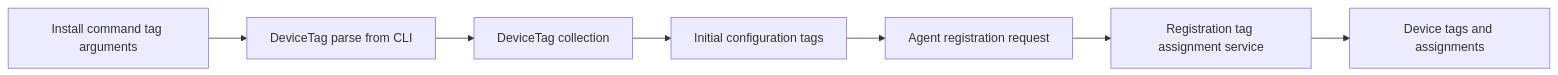
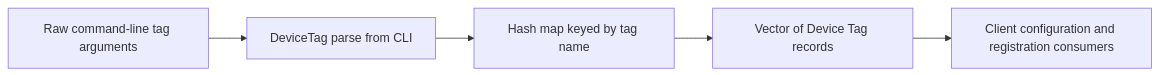
One commit to flamingo-stack/openframe-oss-tenant changed the first of 3 diagrams in docs/reference/architecture/openframe-client-core/model-device-tag/model-device-tag.md. Above: the diagram before and after it, drawn with Mermaid. The commit also changed other lines of this file and 2377 other files, not shown here.

````diff
--- a/docs/reference/architecture/openframe-client-core/model-device-tag/model-device-tag.md
+++ b/docs/reference/architecture/openframe-client-core/model-device-tag/model-device-tag.md
@@ -44,9 +35,7 @@
 ```mermaid
 flowchart LR
-    CliArgs["Install command tag arguments"] --> Parser["DeviceTag parse from CLI"]
-    Parser --> TagModel["DeviceTag collection"]
-    TagModel --> InitialConfig["Initial configuration tags"]
-    InitialConfig --> RegistrationRequest["Agent registration request"]
-    RegistrationRequest --> RegistrationService["Registration tag assignment service"]
-    RegistrationService --> TagStore["Device tags and assignments"]
+    CliArgs["Raw command-line tag arguments"] --> Parser["DeviceTag parse from CLI"]
+    Parser --> TagMap["Hash map keyed by tag name"]
+    TagMap --> Tags["Vector of Device Tag records"]
+    Tags --> ClientConfig["Client configuration and registration consumers"]
 ```
````
